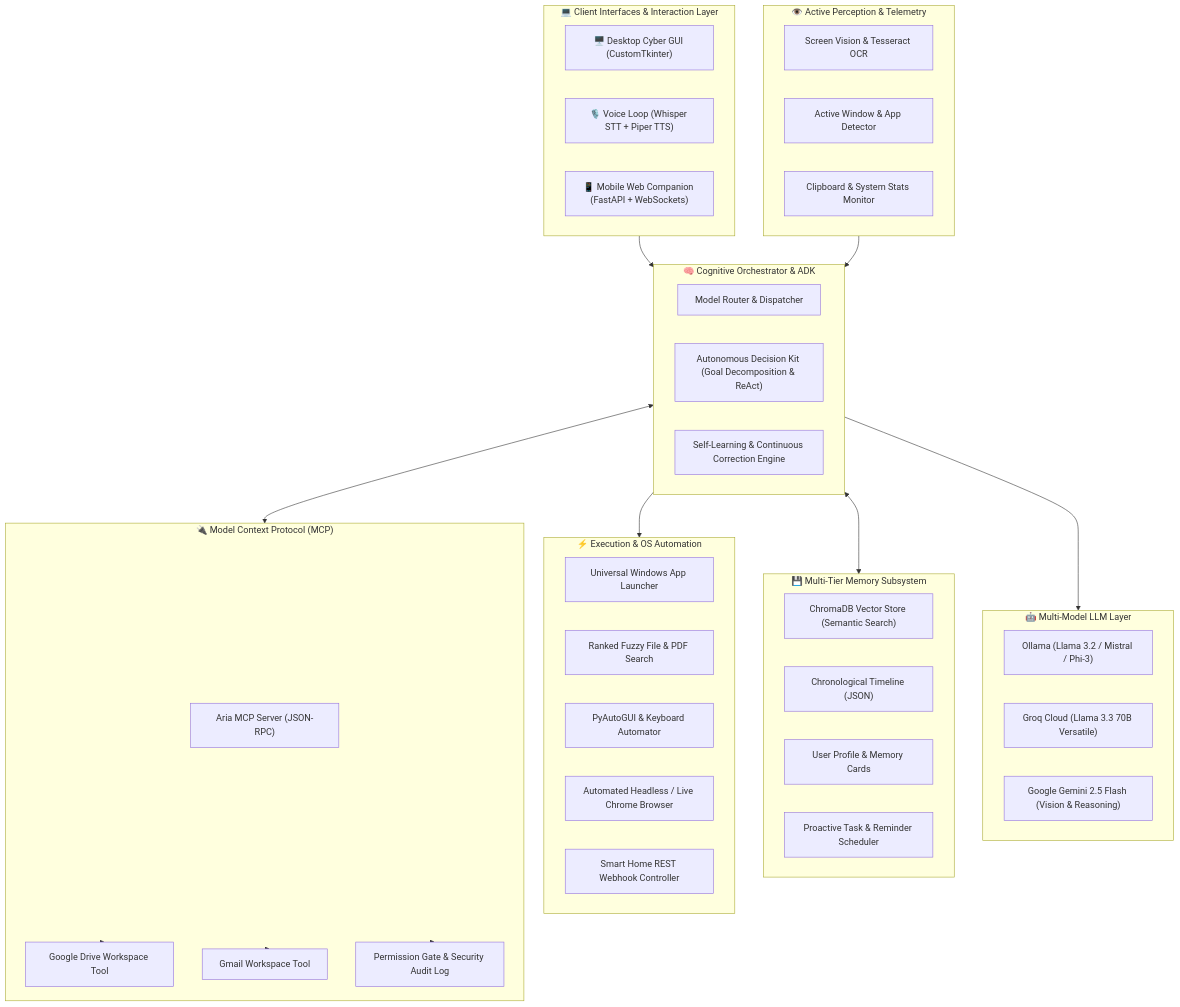
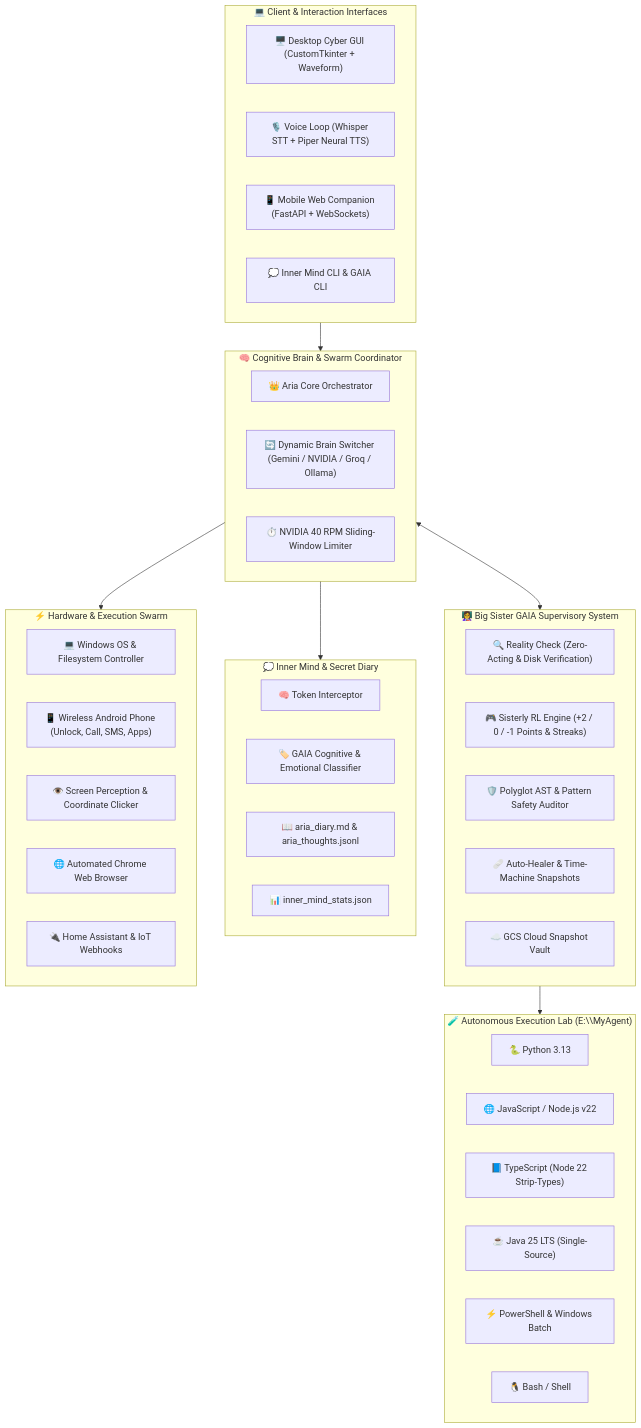
One commit to Aviral445/ARIA changed the diagram in README.md. Above: the diagram before and after it, drawn with Mermaid. The commit also changed other lines of this file and 26 other files, not shown here.

Commit message:
feat: Polyglot lab, GAIA RL supervisor, Multi-Brain switching, Inner Mind telemetry, and comprehensive README update

````diff
--- a/README.md
+++ b/README.md
@@ -45,59 +42,53 @@
 ```mermaid
 flowchart TB
-    subgraph ClientInterfaces ["💻 Client Interfaces & Interaction Layer"]
-        GUI["🖥️ Desktop Cyber GUI (CustomTkinter)"]
-        Voice["🎙️ Voice Loop (Whisper STT + Piper TTS)"]
+    subgraph Interfaces ["💻 Client & Interaction Interfaces"]
+        GUI["🖥️ Desktop Cyber GUI (CustomTkinter + Waveform)"]
+        Voice["🎙️ Voice Loop (Whisper STT + Piper Neural TTS)"]
         WebCompanion["📱 Mobile Web Companion (FastAPI + WebSockets)"]
+        ThoughtCLI["💭 Inner Mind CLI & GAIA CLI"]
     end
 
-    subgraph Perception ["👁️ Active Perception & Telemetry"]
-        OCR["Screen Vision & Tesseract OCR"]
-        WinCtx["Active Window & App Detector"]
-        Clip["Clipboard & System Stats Monitor"]
+    subgraph DualAgentBrain ["🧠 Cognitive Brain & Swarm Coordinator"]
+        Orchestrator["👑 Aria Core Orchestrator"]
+        BrainSwitcher["🔄 Dynamic Brain Switcher (Gemini / NVIDIA / Groq / Ollama)"]
+        RateLimiter["⏱️ NVIDIA 40 RPM Sliding-Window Limiter"]
     end
 
-    subgraph CoreBrain ["🧠 Cognitive Orchestrator & ADK"]
-        Router["Model Router & Dispatcher"]
-        ADK["Autonomous Decision Kit (Goal Decomposition & ReAct)"]
-        Learning["Self-Learning & Continuous Correction Engine"]
+    subgraph Supervision ["👩‍🏫 Big Sister GAIA Supervisory System"]
+        RealityCheck["🔍 Reality Check (Zero-Acting & Disk Verification)"]
+        RLGame["🎮 Sisterly RL Engine (+2 / 0 / -1 Points & Streaks)"]
+        PolyglotSafety["🛡️ Polyglot AST & Pattern Safety Auditor"]
+        Healer["🩹 Auto-Healer & Time-Machine Snapshots"]
+        CloudVault["☁️ GCS Cloud Snapshot Vault"]
     end
 
-    subgraph Models ["🤖 Multi-Model LLM Layer"]
-        LocalLLM["Ollama (Llama 3.2 / Mistral / Phi-3)"]
-        GroqLLM["Groq Cloud (Llama 3.3 70B Versatile)"]
-        GeminiLLM["Google Gemini 2.5 Flash (Vision & Reasoning)"]
+    subgraph PolyglotLab ["🧪 Autonomous Execution Lab (E:\\MyAgent)"]
+        PyRun["🐍 Python 3.13"]
+        NodeRun["🌐 JavaScript / Node.js v22"]
+        TSRun["📘 TypeScript (Node 22 Strip-Types)"]
+        JavaRun["☕ Java 25 LTS (Single-Source)"]
+        PSRun["⚡ PowerShell & Windows Batch"]
+        BashRun["🐧 Bash / Shell"]
     end
 
-    subgraph Memory ["💾 Multi-Tier Memory Subsystem"]
-        Chroma["ChromaDB Vector Store (Semantic Search)"]
-        Timeline["Chronological Timeline (JSON)"]
-        Profile["User Profile & Memory Cards"]
-        Scheduler["Proactive Task & Reminder Scheduler"]
+    subgraph InnerMind ["💭 Inner Mind & Secret Diary"]
+        Extractor["🧠 <think> Token Interceptor"]
+        ThoughtAnalyzer["🏷️ GAIA Cognitive & Emotional Classifier"]
+        Diary["📖 aria_diary.md & aria_thoughts.jsonl"]
+        MindStats["📊 inner_mind_stats.json"]
     end
 
-    subgraph Execution ["⚡ Execution & OS Automation"]
-        AppLauncher["Universal Windows App Launcher"]
-        FileSearch["Ranked Fuzzy File & PDF Search"]
-        WinAuto["PyAutoGUI & Keyboard Automator"]
-        Chrome["Automated Headless / Live Chrome Browser"]
-        SmartHome["Smart Home REST Webhook Controller"]
+    subgraph DeviceSwarm ["⚡ Hardware & Execution Swarm"]
+        WinOS["💻 Windows OS & Filesystem Controller"]
+        AndroidADB["📱 Wireless Android Phone (Unlock, Call, SMS, Apps)"]
+        ScreenVision["👁️ Screen Perception & Coordinate Clicker"]
+        ChromeAuto["🌐 Automated Chrome Web Browser"]
+        SmartHome["🔌 Home Assistant & IoT Webhooks"]
     end
 
-    subgraph MCP ["🔌 Model Context Protocol (MCP)"]
-        MCPServer["Aria MCP Server (JSON-RPC)"]
-        GoogleDrive["Google Drive Workspace Tool"]
-        Gmail["Gmail Workspace Tool"]
-        AuditLog["Permission Gate & Security Audit Log"]
-    end
-
-    %% Flow connections
-    ClientInterfaces --> CoreBrain
-    Perception --> CoreBrain
-    CoreBrain --> Models
-    CoreBrain <--> Memory
-    CoreBrain --> Execution
-    CoreBrain <--> MCP
-    MCP --> GoogleDrive
-    MCP --> Gmail
-    MCP --> AuditLog
+    Interfaces --> DualAgentBrain
+    DualAgentBrain <--> Supervision
+    Supervision --> PolyglotLab
+    DualAgentBrain --> InnerMind
+    DualAgentBrain --> DeviceSwarm
 ```
````
